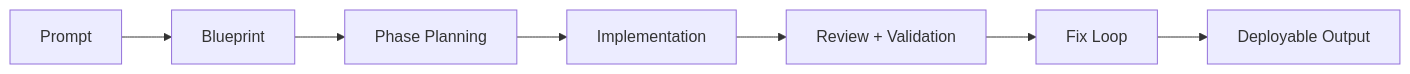
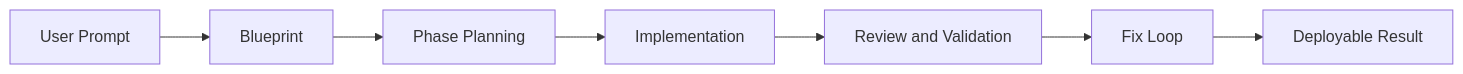
The diagram in tutorials/vibesdk-tutorial/03-ai-pipeline-and-phase-engine.md (johnxie/awesome-code-docs), drawn with Mermaid before and after one commit. The commit also changed other lines of this file and 8 other files, not shown here.

````diff
--- a/tutorials/vibesdk-tutorial/03-ai-pipeline-and-phase-engine.md
+++ b/tutorials/vibesdk-tutorial/03-ai-pipeline-and-phase-engine.md
@@ -14,9 +23,9 @@
 ```mermaid
 graph LR
-    P[Prompt] --> B[Blueprint]
+    P[User Prompt] --> B[Blueprint]
     B --> G[Phase Planning]
     G --> I[Implementation]
-    I --> R[Review + Validation]
+    I --> R[Review and Validation]
     R --> F[Fix Loop]
-    F --> D[Deployable Output]
+    F --> D[Deployable Result]
 ```
````
